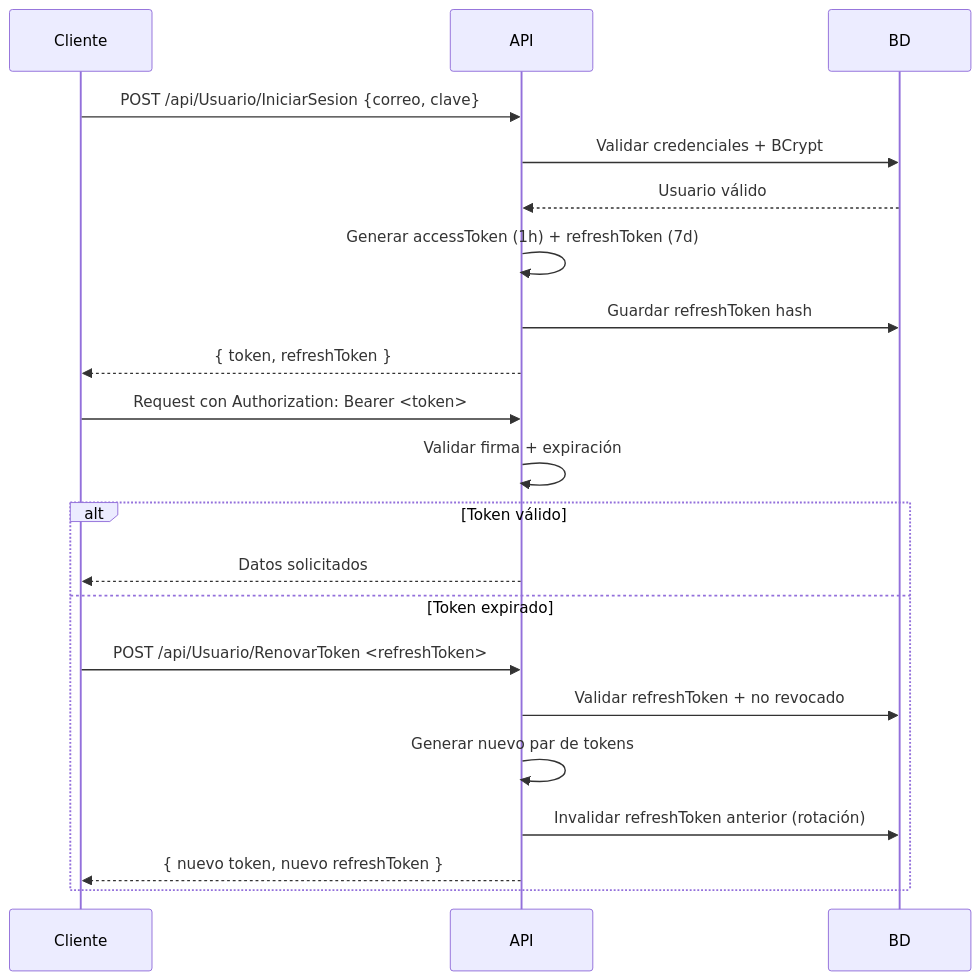
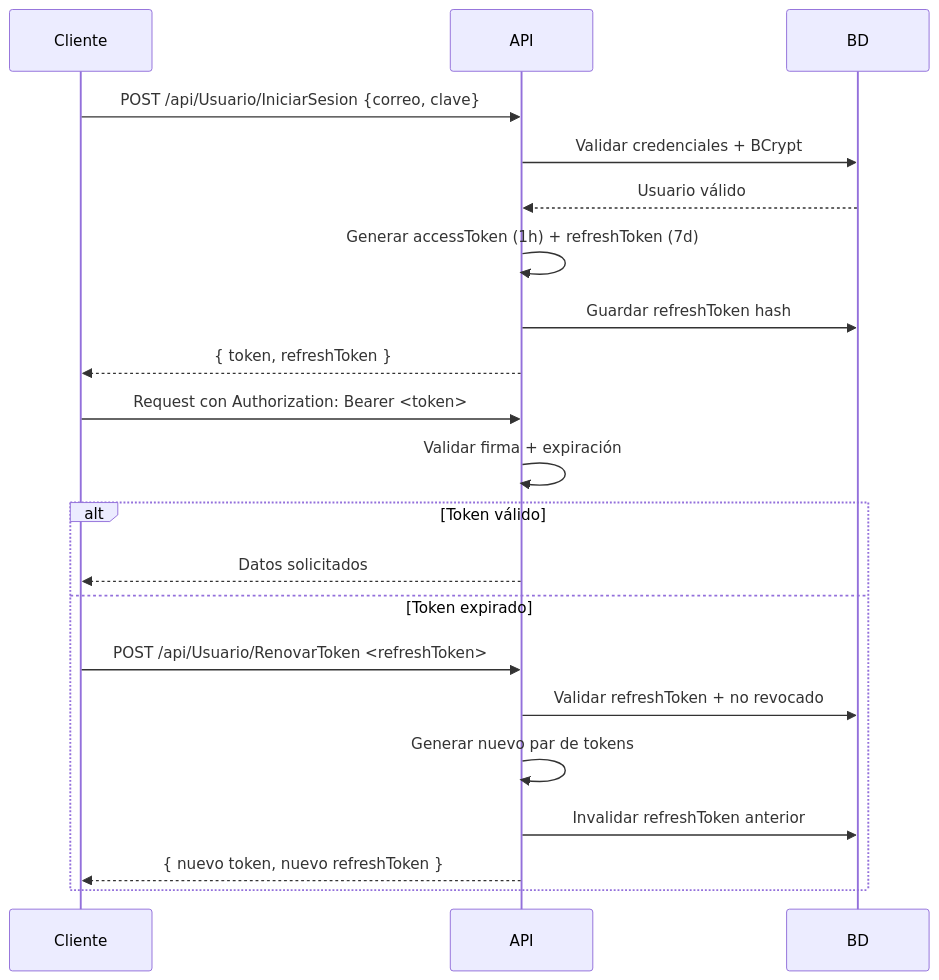
The diagram in README.md (jotalexvalencia/APISistemaVenta), drawn with Mermaid before and after one commit. The commit also changed other lines of this file, not shown here.

````diff
--- a/README.md
+++ b/README.md
@@ -32,25 +32,25 @@
 ```mermaid
 sequenceDiagram
     participant Cliente
     participant API
     participant BD
     
     Cliente->>API: POST /api/Usuario/IniciarSesion {correo, clave}
     API->>BD: Validar credenciales + BCrypt
     BD-->>API: Usuario válido
     API->>API: Generar accessToken (1h) + refreshToken (7d)
     API->>BD: Guardar refreshToken hash
     API-->>Cliente: { token, refreshToken }
     
     Cliente->>API: Request con Authorization: Bearer <token>
     API->>API: Validar firma + expiración
     alt Token válido
         API-->>Cliente: Datos solicitados
     else Token expirado
         Cliente->>API: POST /api/Usuario/RenovarToken <refreshToken>
         API->>BD: Validar refreshToken + no revocado
         API->>API: Generar nuevo par de tokens
-        API->>BD: Invalidar refreshToken anterior (rotación)
+        API->>BD: Invalidar refreshToken anterior
         API-->>Cliente: { nuevo token, nuevo refreshToken }
     end
 ```
````
